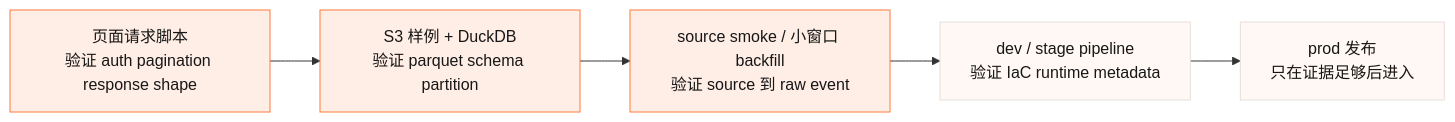
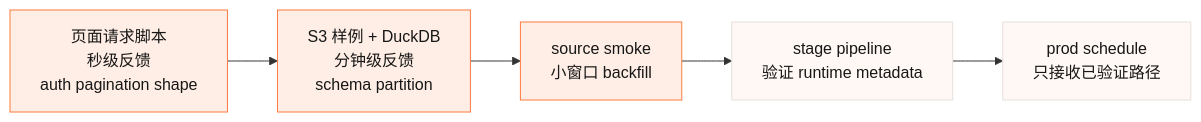
Before and after one commit to tihaya-anon/reporting: the diagram in reports/data-agent/diagrams/cache-validation-pyramid.mmd, drawn with Mermaid. The commit also changed 19 other files, not shown here.

```diff
--- a/reports/data-agent/diagrams/cache-validation-pyramid.mmd
+++ b/reports/data-agent/diagrams/cache-validation-pyramid.mmd
@@ -1,9 +1,9 @@
 flowchart LR
-  Local["页面请求脚本<br/>验证 auth pagination response shape"] --> Duck["S3 样例 + DuckDB<br/>验证 parquet schema partition"]
-  Duck --> Smoke["source smoke / 小窗口 backfill<br/>验证 source 到 raw event"]
-  Smoke --> Stage["dev / stage pipeline<br/>验证 IaC runtime metadata"]
-  Stage --> Prod["prod 发布<br/>只在证据足够后进入"]
+  Local["页面请求脚本<br/>秒级反馈<br/>auth pagination shape"] --> Duck["S3 样例 + DuckDB<br/>分钟级反馈<br/>schema partition"]
+  Duck --> Smoke["source smoke<br/>小窗口 backfill"]
+  Smoke --> Stage["stage pipeline<br/>验证 runtime metadata"]
+  Stage --> Prod["prod schedule<br/>只接收已验证路径"]
 
   classDef default fill:#FFEEE5,stroke:#FF7A3D,color:#171717,stroke-width:1px;
   classDef gate fill:#FFF8F4,stroke:#E6E0DC,color:#171717,stroke-width:1px;
   class Stage,Prod gate;
```
